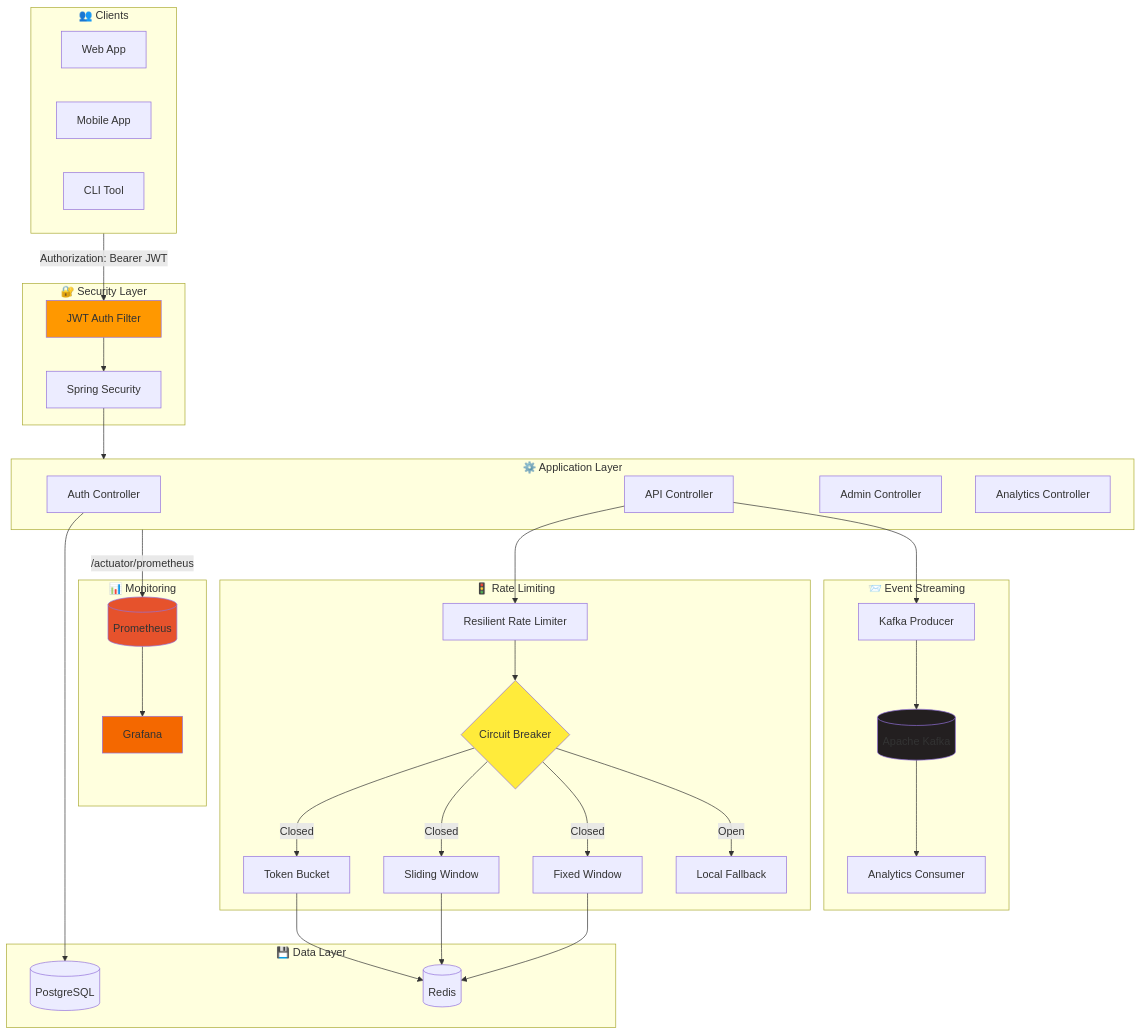
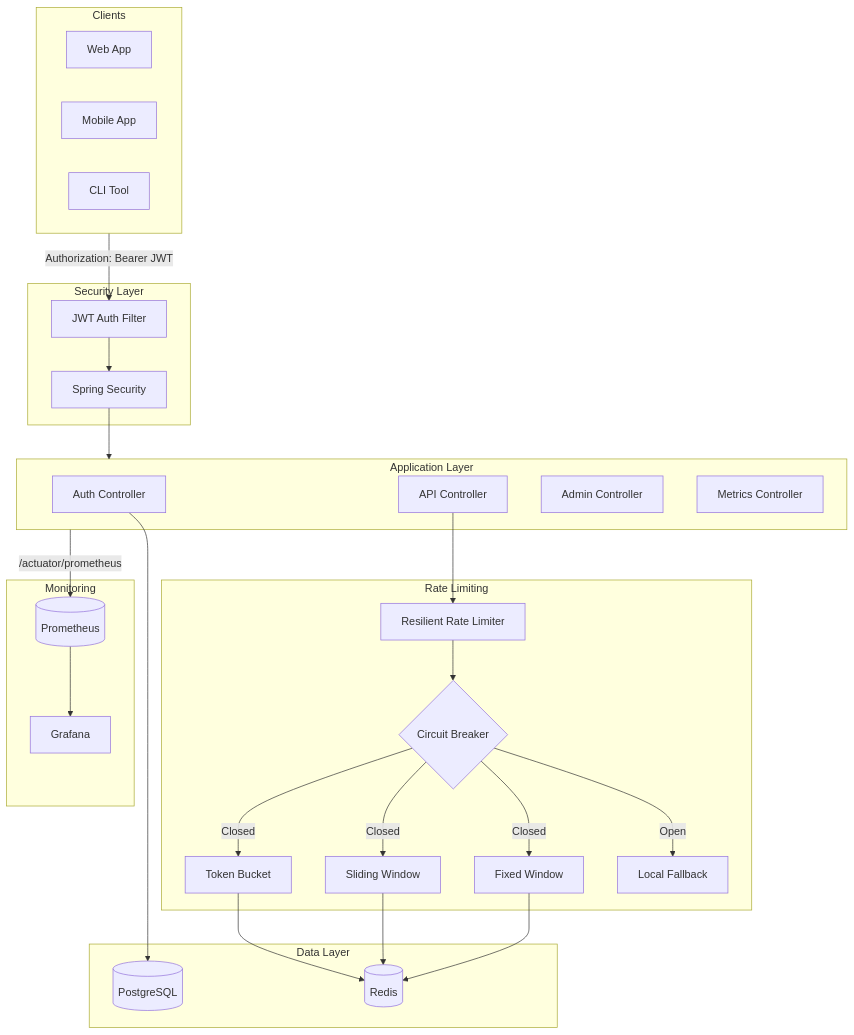
Before and after one commit to Rugved-142/RatelimitX: the first of 3 diagrams in README.md, drawn with Mermaid. The commit also changed other lines of this file and 3 other files, not shown here.

````diff
--- a/README.md
+++ b/README.md
@@ -118,70 +111,54 @@
 ```mermaid
 flowchart TB
-    subgraph Clients["👥 Clients"]
+    subgraph Clients["Clients"]
         WEB[Web App]
         MOBILE[Mobile App]
         CLI[CLI Tool]
     end
 
-    subgraph Gateway["🔐 Security Layer"]
+    subgraph Gateway["Security Layer"]
         JWT[JWT Auth Filter]
         SEC[Spring Security]
     end
 
-    subgraph App["⚙️ Application Layer"]
+    subgraph App["Application Layer"]
         AUTH[Auth Controller]
         API[API Controller]
         ADMIN[Admin Controller]
-        ANALYTICS[Analytics Controller]
+        METRICS[Metrics Controller]
     end
 
-    subgraph RateLimit["🚦 Rate Limiting"]
+    subgraph RateLimit["Rate Limiting"]
         RL[Resilient Rate Limiter]
         CB{Circuit Breaker}
         TB[Token Bucket]
         SW[Sliding Window]
         FW[Fixed Window]
         LOCAL[Local Fallback]
     end
 
-    subgraph EventStream["📨 Event Streaming"]
-        PRODUCER[Kafka Producer]
-        KAFKA[(Apache Kafka)]
-        CONSUMER[Analytics Consumer]
-    end
-
-    subgraph Monitoring["📊 Monitoring"]
+    subgraph Monitoring["Monitoring"]
         PROM[(Prometheus)]
         GRAF[Grafana]
     end
 
-    subgraph Data["💾 Data Layer"]
+    subgraph Data["Data Layer"]
         PG[(PostgreSQL)]
         REDIS[(Redis)]
     end
 
     Clients -->|"Authorization: Bearer JWT"| JWT
     JWT --> SEC
     SEC --> App
-    
+
     AUTH --> PG
     API --> RL
-    API --> PRODUCER
-    
+
     RL --> CB
     CB -->|Closed| TB & SW & FW
     CB -->|Open| LOCAL
     TB & SW & FW --> REDIS
-    
-    PRODUCER --> KAFKA
-    KAFKA --> CONSUMER
-    
+
     App -->|/actuator/prometheus| PROM
     PROM --> GRAF
-
-    style JWT fill:#ff9800
-    style CB fill:#ffeb3b
-    style KAFKA fill:#231f20
-    style PROM fill:#e6522c
-    style GRAF fill:#f46800
 ```
````
